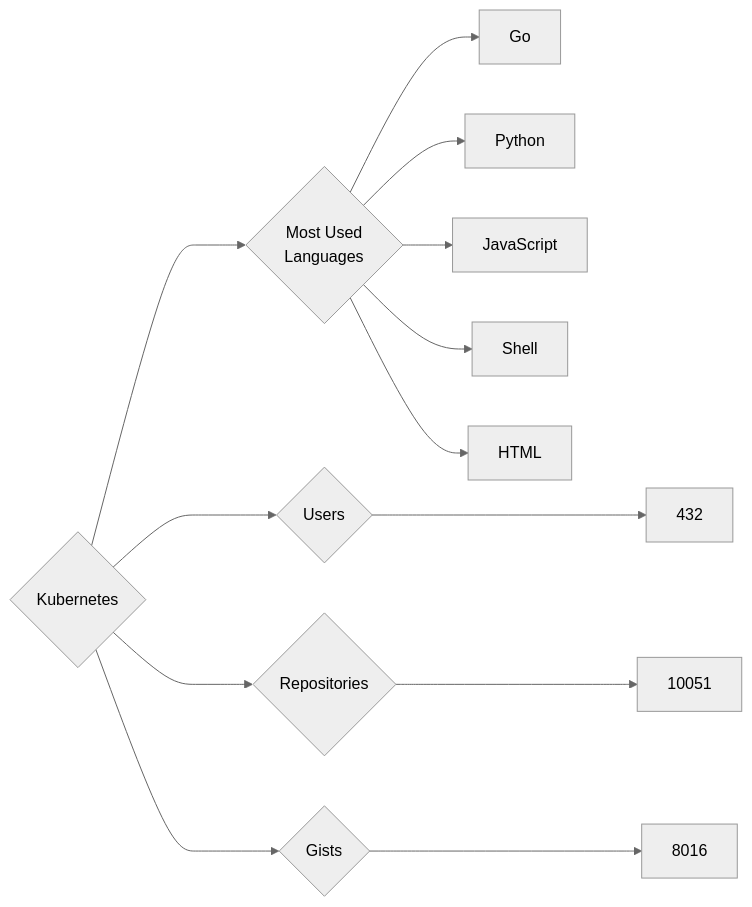
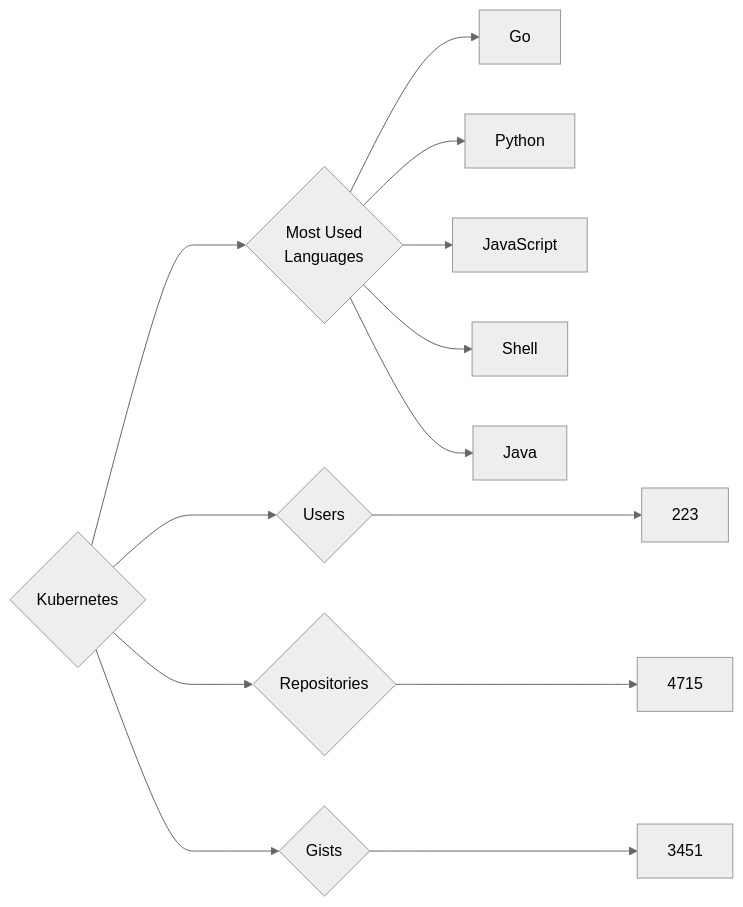
Before and after one commit to trickest/insiders: the diagram in targets/Kubernetes/README.md, drawn with Mermaid (neutral theme). The commit also changed 736 other files, not shown here.

````diff
--- a/targets/Kubernetes/README.md
+++ b/targets/Kubernetes/README.md
@@ -3,13 +3,13 @@
 ```mermaid
 graph LR
 COMPANY_NAME{Kubernetes}
-COMPANY_NAME ---> U{Users} ---> UN[432]
-COMPANY_NAME ---> R{Repositories} ---> RN[10051]
-COMPANY_NAME ---> G{Gists} ---> GN[8016]
+COMPANY_NAME ---> U{Users} ---> UN[223]
+COMPANY_NAME ---> R{Repositories} ---> RN[4715]
+COMPANY_NAME ---> G{Gists} ---> GN[3451]
 COMPANY_NAME ---> ML{Most Used<br>Languages}
 ML --> Go[Go]
 ML --> Python[Python]
 ML --> JavaScript[JavaScript]
 ML --> Shell[Shell]
-ML --> HTML[HTML]
+ML --> Java[Java]
 ```
````
